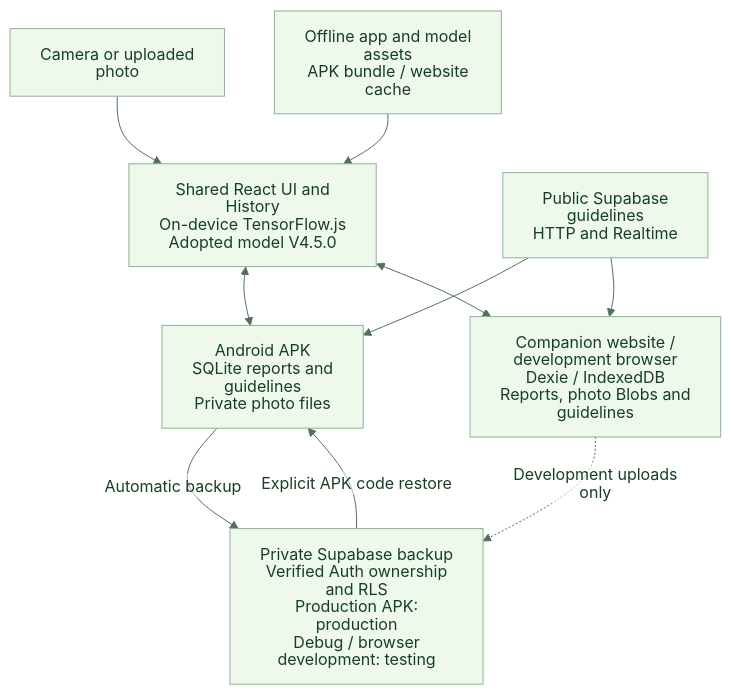
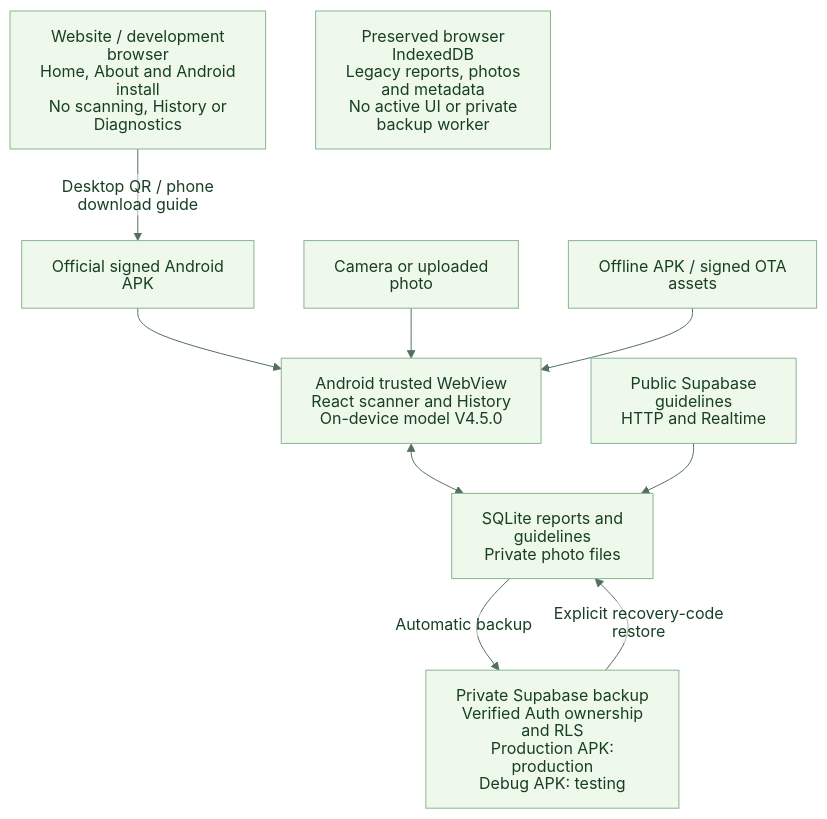
The diagram in docs/diagrams/system-overview.mmd (RANDAAAALL/mangoleaf-ai), drawn with Mermaid before and after one commit. The commit also changed 35 other files, not shown here.

First line of the commit message:
feat(web): keep scanning in Android APK

```diff
--- a/docs/diagrams/system-overview.mmd
+++ b/docs/diagrams/system-overview.mmd
@@ -1,16 +1,16 @@
 %% Keep this editable source beside its exported SVG; Markdown embeds the image.
 %% This documentation asset is not copied into website or APK bundles.
 %%{init: {"theme":"base","htmlLabels":false,"fontFamily":"Arial, sans-serif","themeVariables":{"fontFamily":"Arial, sans-serif","primaryColor":"#eef8eb","primaryTextColor":"#173f23","primaryBorderColor":"#8ab496","lineColor":"#52705b","secondaryColor":"#ffffff","tertiaryColor":"#f4f9f1"},"flowchart":{"htmlLabels":false}}}%%
 flowchart TB
   accTitle: MangoLeaf AI runtime and storage
-  accDescr: Shared React screens and on-device V4.5.0 inference use Android SQLite and private photo files, or browser IndexedDB. Public guidelines are separate from authenticated cloud backup. Production APK backs up to production; Debug and guarded browser development use testing. Recovery-code restore is explicit and available in APKs.
+  accDescr: The responsive website provides Home, About and Android installation in production and development. Only the Android APK runs V4.5.0 inference and stores reports in SQLite with private photo files. Public guidelines are separate from authenticated backup. Production APK backs up to production; Debug uses testing. Legacy browser IndexedDB data remains untouched and inactive.
 
-  Photo["Camera or uploaded photo"] --> UI["Shared React UI and History<br/>On-device TensorFlow.js<br/>Adopted model V4.5.0"]
-  Assets["Offline app and model assets<br/>APK bundle / website cache"] --> UI
-  UI <--> Native["Android APK<br/>SQLite reports and guidelines<br/>Private photo files"]
-  UI <--> Browser["Companion website / development browser<br/>Dexie / IndexedDB<br/>Reports, photo Blobs and guidelines"]
+  Browser["Website / development browser<br/>Home, About and Android install<br/>No scanning, History or Diagnostics"] -->|"Desktop QR / phone download guide"| Install["Official signed Android APK"]
+  Legacy["Preserved browser IndexedDB<br/>Legacy reports, photos and metadata<br/>No active UI or private backup worker"]
+  Install --> UI["Android trusted WebView<br/>React scanner and History<br/>On-device model V4.5.0"]
+  Photo["Camera or uploaded photo"] --> UI
+  Assets["Offline APK / signed OTA assets"] --> UI
+  UI <--> Native["SQLite reports and guidelines<br/>Private photo files"]
   Guidance["Public Supabase guidelines<br/>HTTP and Realtime"] --> Native
-  Guidance --> Browser
-  Native -->|"Automatic backup"| Backup["Private Supabase backup<br/>Verified Auth ownership and RLS<br/>Production APK: production<br/>Debug / browser development: testing"]
-  Backup -->|"Explicit APK code restore"| Native
-  Browser -.->|"Development uploads only"| Backup
+  Native -->|"Automatic backup"| Backup["Private Supabase backup<br/>Verified Auth ownership and RLS<br/>Production APK: production<br/>Debug APK: testing"]
+  Backup -->|"Explicit recovery-code restore"| Native
```
